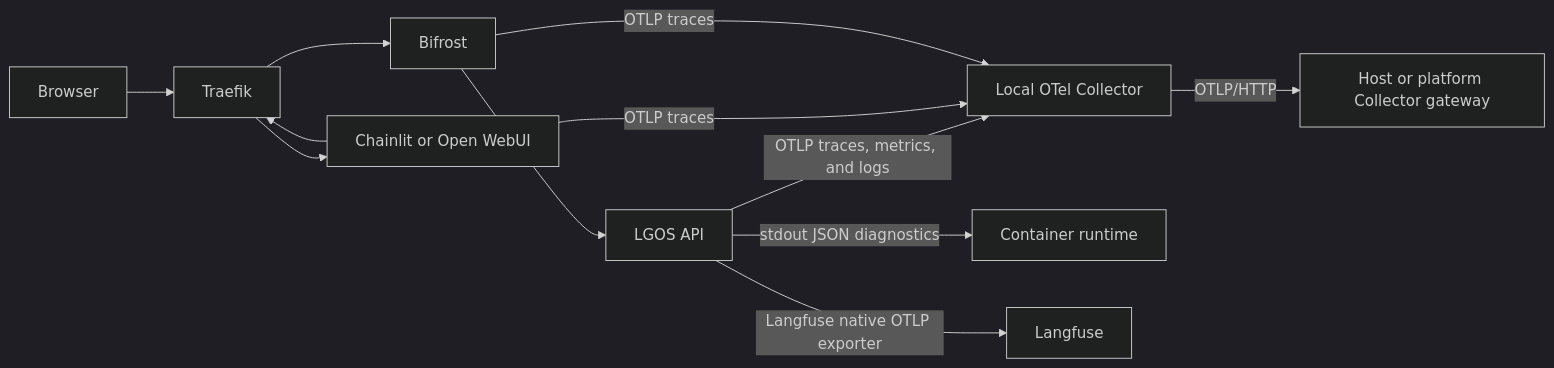
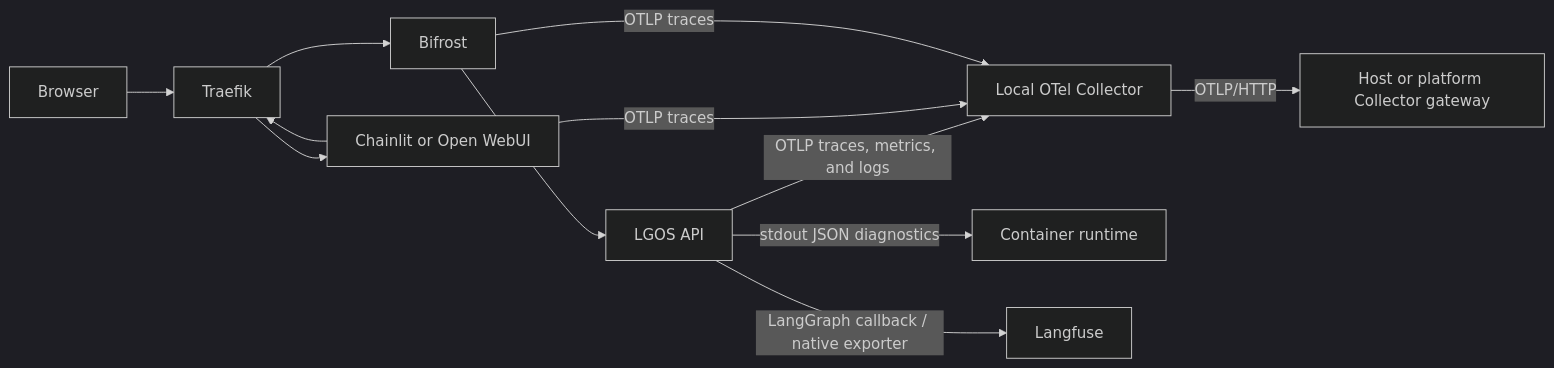
The diagram in docs/how-to-guides/production-otel.md (ilkersigirci/langgraph-openai-serve), drawn with Mermaid (dark theme) before and after one commit. The commit also changed other lines of this file and 5 other files, not shown here.

````diff
--- a/docs/how-to-guides/production-otel.md
+++ b/docs/how-to-guides/production-otel.md
@@ -6,14 +6,14 @@
 ```mermaid
 flowchart LR
     browser[Browser] --> proxy[Traefik]
     proxy --> ui[Chainlit or Open WebUI]
     ui --> proxy
     proxy --> bifrost[Bifrost]
     bifrost --> api[LGOS API]
     api -->|OTLP traces, metrics, and logs| collector[Local OTel Collector]
     ui -->|OTLP traces| collector
     bifrost -->|OTLP traces| collector
     collector -->|OTLP/HTTP| gateway[Host or platform Collector gateway]
     api -->|stdout JSON diagnostics| runtime[Container runtime]
-    api -->|Langfuse native OTLP exporter| langfuse[Langfuse]
+    api -->|LangGraph callback / native exporter| langfuse[Langfuse]
 ```
````
